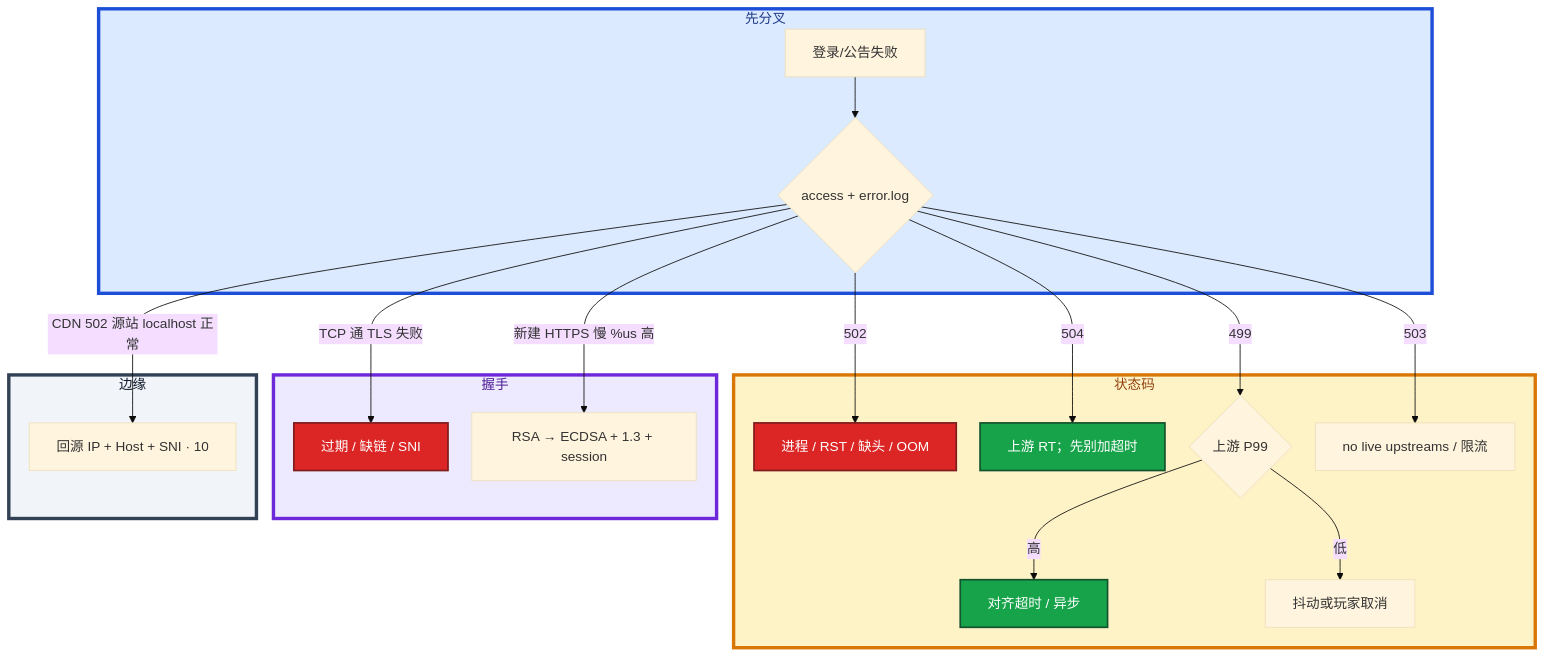
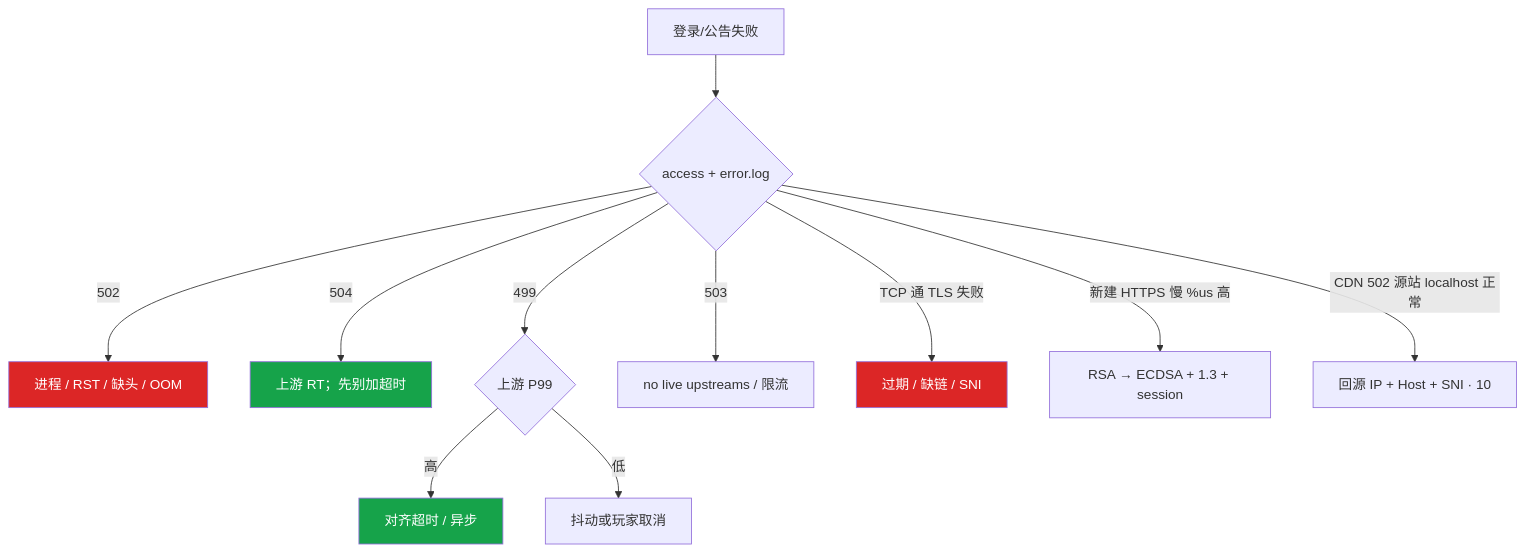
The seventh of 7 diagrams in 02-基础底座/09-HTTP与TLS/知识点.md (ml-cuizijun/LearnToLilith), drawn with Mermaid before and after one commit. The commit also changed other lines of this file and 213 other files, not shown here.

````diff
--- a/02-基础底座/09-HTTP与TLS/知识点.md
+++ b/02-基础底座/09-HTTP与TLS/知识点.md
@@ -455,35 +379,18 @@
 ```mermaid
-%%{init: {"flowchart": {"padding": 16, "nodeSpacing": 28, "rankSpacing": 48}, "theme": "base"}}%%
 flowchart TB
-    subgraph gate ["先分叉"]
-        A[登录/公告失败] --> B{access + error.log}
-    end
+    A[登录/公告失败] --> B{access + error.log}
+    B -->|502| C[进程 / RST / 缺头 / OOM]
+    B -->|504| D[上游 RT；先别加超时]
+    B -->|499| E{上游 P99}
+    E -->|高| F[对齐超时 / 异步]
+    E -->|低| G[抖动或玩家取消]
+    B -->|503| H[no live upstreams / 限流]
+    B -->|TCP 通 TLS 失败| I[过期 / 缺链 / SNI]
+    B -->|新建 HTTPS 慢 %us 高| J[RSA → ECDSA + 1.3 + session]
+    B -->|CDN 502 源站 localhost 正常| K[回源 IP + Host + SNI · 10]
 
-    subgraph code ["状态码"]
-        B -->|502| C[进程 / RST / 缺头 / OOM]
-        B -->|504| D[上游 RT；先别加超时]
-        B -->|499| E{上游 P99}
-        E -->|高| F[对齐超时 / 异步]
-        E -->|低| G[抖动或玩家取消]
-        B -->|503| H[no live upstreams / 限流]
-    end
-
-    subgraph tls ["握手"]
-        B -->|TCP 通 TLS 失败| I[过期 / 缺链 / SNI]
-        B -->|新建 HTTPS 慢 %us 高| J[RSA → ECDSA + 1.3 + session]
-    end
-
-    subgraph cdn ["边缘"]
-        B -->|CDN 502 源站 localhost 正常| K[回源 IP + Host + SNI · 10]
-    end
-
-    classDef bad fill:#DC2626,stroke:#7F1D1D,stroke-width:2px,color:#fff
-    classDef ok fill:#16A34A,stroke:#14532D,stroke-width:2px,color:#fff
+    classDef bad fill:#DC2626,color:#fff
+    classDef ok fill:#16A34A,color:#fff
     class C,I bad
     class D,F ok
-
-    style gate fill:#DBEAFE,stroke:#1D4ED8,stroke-width:4px,color:#1E3A8A
-    style code fill:#FEF3C7,stroke:#D97706,stroke-width:4px,color:#92400E
-    style tls fill:#EDE9FE,stroke:#6D28D9,stroke-width:4px,color:#4C1D95
-    style cdn fill:#F1F5F9,stroke:#334155,stroke-width:4px,color:#0F172A
 ```
````
